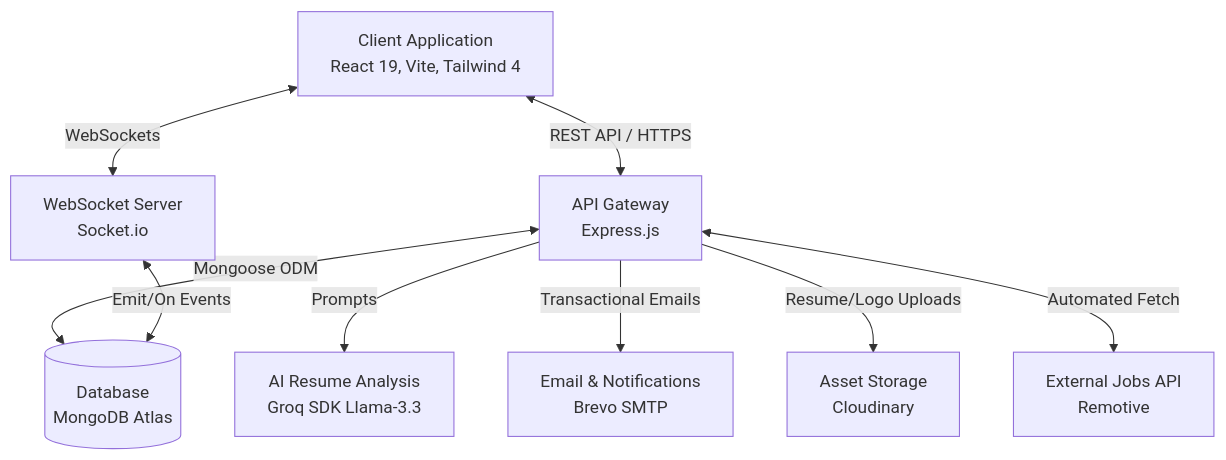
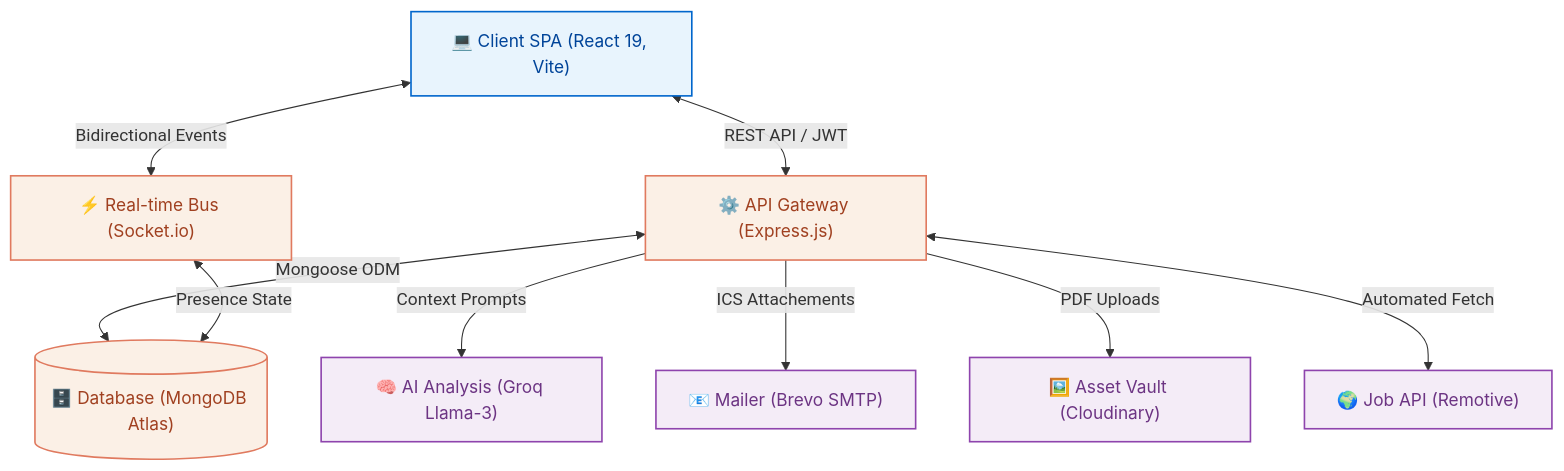
Before and after one commit to Abhijith-Sura/smart_placement_tracker: the diagram in README.md, drawn with Mermaid. The commit also changed other lines of this file and 2 other files, not shown here.

Commit message:
docs: restructure READMEs to exactly match Capstone repository styling and formatting standards

````diff
--- a/README.md
+++ b/README.md
@@ -38,23 +31,28 @@
 ```mermaid
 graph TD
-    Client[Client Application\nReact 19, Vite, Tailwind 4]
-    Gateway[API Gateway\nExpress.js]
-    DB[(Database\nMongoDB Atlas)]
-    Socket[WebSocket Server\nSocket.io]
+    %% Base Styling
+    classDef client fill:#e8f4fd,stroke:#0066cc,stroke-width:1.5px,color:#004499,font-family:Inter;
+    classDef server fill:#fbf0e6,stroke:#e07a5f,stroke-width:1.5px,color:#a04020,font-family:Inter;
+    classDef external fill:#f4ecf7,stroke:#8e44ad,stroke-width:1.5px,color:#6c3483,font-family:Inter;
+
+    Client["💻 Client SPA (React 19, Vite)"]:::client
+    Gateway["⚙️ API Gateway (Express.js)"]:::server
+    DB[("🗄️ Database (MongoDB Atlas)")]:::server
+    Socket["⚡ Real-time Bus (Socket.io)"]:::server
     
-    Groq[AI Resume Analysis\nGroq SDK Llama-3.3]
-    Brevo[Email & Notifications\nBrevo SMTP]
-    Cloudinary[Asset Storage\nCloudinary]
-    Remotive[External Jobs API\nRemotive]
+    Groq["🧠 AI Analysis (Groq Llama-3)"]:::external
+    Brevo["📧 Mailer (Brevo SMTP)"]:::external
+    Cloudinary["🖼️ Asset Vault (Cloudinary)"]:::external
+    Remotive["🌍 Job API (Remotive)"]:::external
 
-    Client <-->|REST API / HTTPS| Gateway
-    Client <-->|WebSockets| Socket
+    Client <-->|REST API / JWT| Gateway
+    Client <-->|Bidirectional Events| Socket
     
     Gateway <-->|Mongoose ODM| DB
-    Socket <-->|Emit/On Events| DB
+    Socket <-->|Presence State| DB
     
-    Gateway -->|Prompts| Groq
-    Gateway -->|Transactional Emails| Brevo
-    Gateway -->|Resume/Logo Uploads| Cloudinary
+    Gateway -->|Context Prompts| Groq
+    Gateway -->|ICS Attachements| Brevo
+    Gateway -->|PDF Uploads| Cloudinary
     Gateway <-->|Automated Fetch| Remotive
 ```
````
